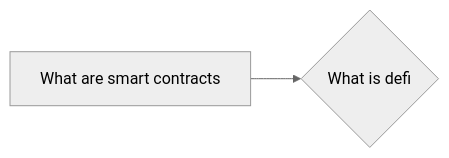
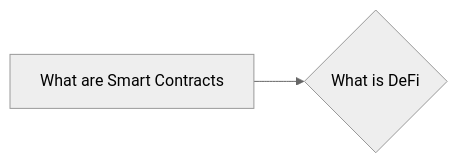
One commit to lpurdy01/crypto-knowledge-map changed the diagram in notes/What_is_DeFi.md. Above: the diagram before and after it, drawn with Mermaid (neutral theme). The commit also changed 50 other files, not shown here.

````diff
--- a/notes/What_is_DeFi.md
+++ b/notes/What_is_DeFi.md
@@ -6,4 +6,4 @@
 ```mermaid
 graph LR
-1["What are smart contracts"]-->0{"What is defi"}
+1["What are Smart Contracts"]-->0{"What is DeFi"}
 ```
````
